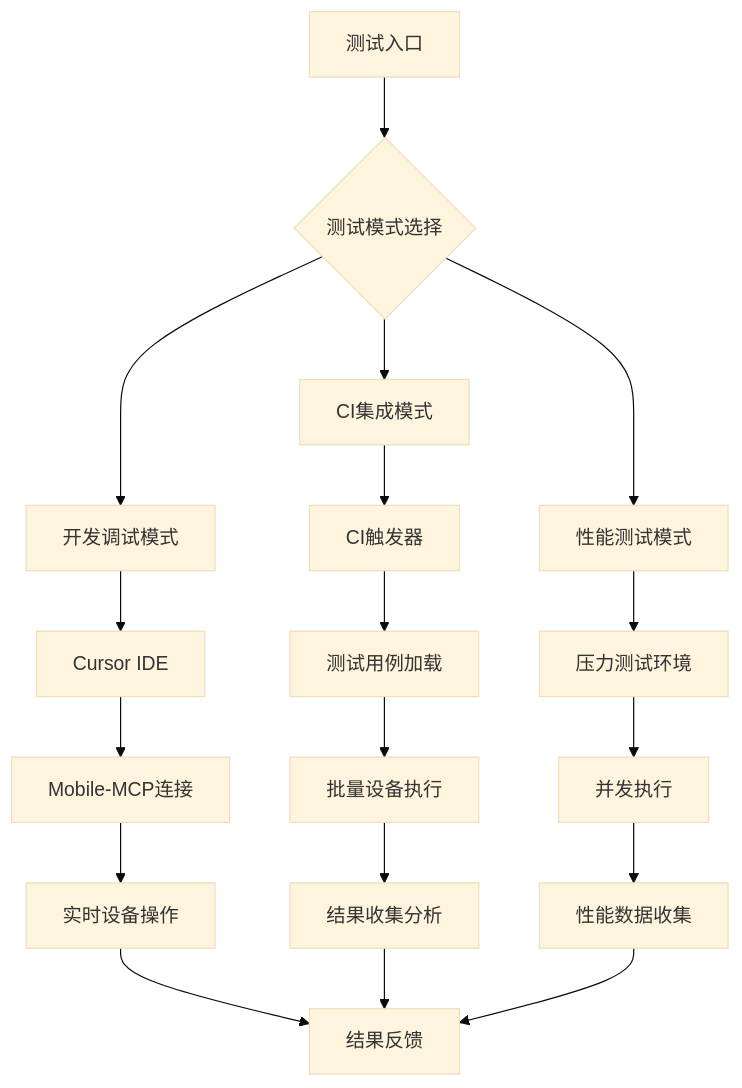
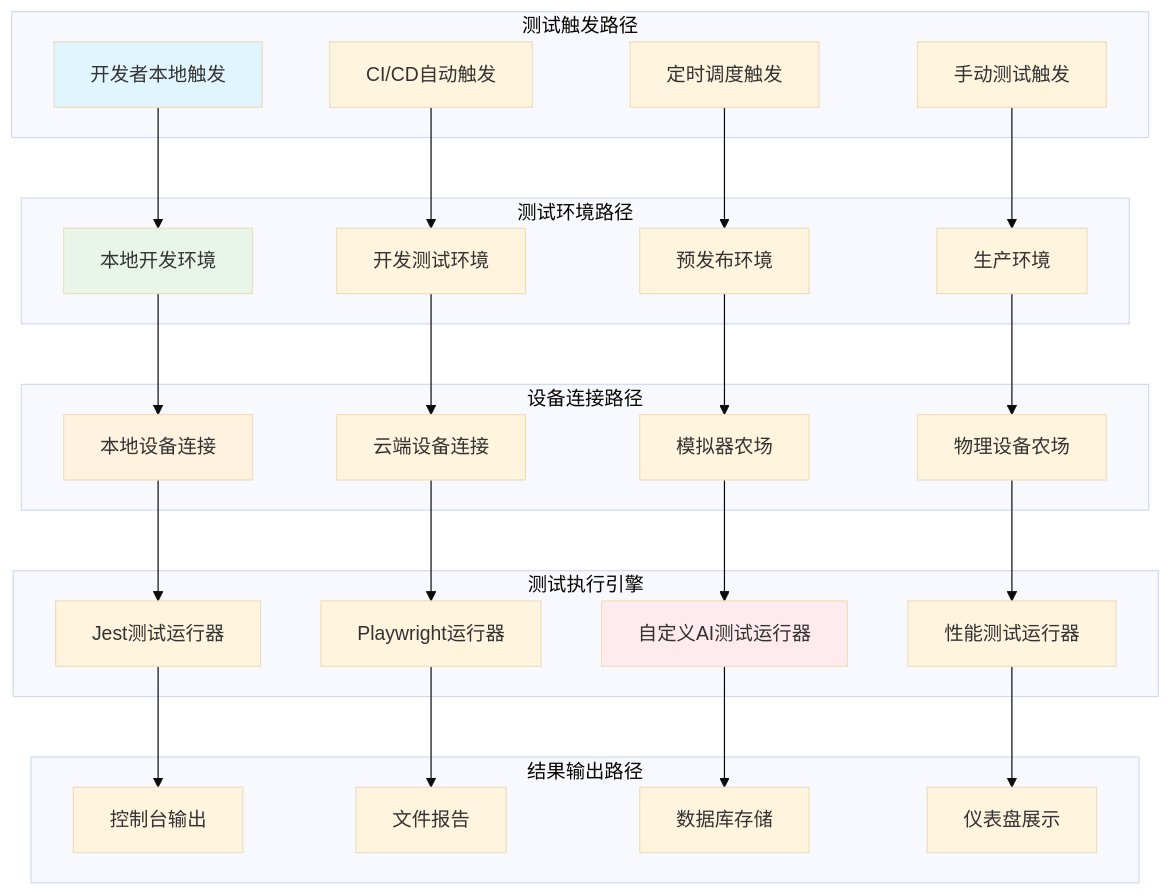
Before and after one commit to zhuozp/AI-UI-: diagram 25 of 30 in Tech.md, drawn with Mermaid (base theme). The commit also changed other lines of this file, not shown here.

````diff
--- a/Tech.md
+++ b/Tech.md
@@ -862,25 +2750,62 @@
 ```mermaid
-graph TD
-    A[测试入口] --> B{测试模式选择}
+graph TB
+    subgraph "测试触发路径"
+        DevTrigger[开发者本地触发]
+        CITrigger[CI/CD自动触发]
+        ScheduledTrigger[定时调度触发]
+        ManualTrigger[手动测试触发]
+    end
     
-    B --> C[开发调试模式]
-    B --> D[CI集成模式]
-    B --> E[性能测试模式]
+    subgraph "测试环境路径"
+        LocalEnv[本地开发环境]
+        DevEnv[开发测试环境] 
+        StagingEnv[预发布环境]
+        ProdEnv[生产环境]
+    end
     
-    C --> F[Cursor IDE]
-    F --> G[Mobile-MCP连接]
-    G --> H[实时设备操作]
+    subgraph "设备连接路径"
+        LocalDevice[本地设备连接]
+        CloudDevice[云端设备连接]
+        EmulatorFarm[模拟器农场]
+        PhysicalDeviceFarm[物理设备农场]
+    end
     
-    D --> I[CI触发器]
-    I --> J[测试用例加载]
-    J --> K[批量设备执行]
-    K --> L[结果收集分析]
+    subgraph "测试执行引擎"
+        JestRunner[Jest测试运行器]
+        PlaywrightRunner[Playwright运行器]
+        CustomRunner[自定义AI测试运行器]
+        PerformanceRunner[性能测试运行器]
+    end
     
-    E --> M[压力测试环境]
-    M --> N[并发执行]
-    N --> O[性能数据收集]
+    subgraph "结果输出路径"
+        ConsoleOutput[控制台输出]
+        FileReport[文件报告]
+        DatabaseStorage[数据库存储]
+        DashboardDisplay[仪表盘展示]
+    end
     
-    H --> P[结果反馈]
-    L --> P
-    O --> P
+    DevTrigger --> LocalEnv
+    CITrigger --> DevEnv
+    ScheduledTrigger --> StagingEnv
+    ManualTrigger --> ProdEnv
+    
+    LocalEnv --> LocalDevice
+    DevEnv --> CloudDevice
+    StagingEnv --> EmulatorFarm
+    ProdEnv --> PhysicalDeviceFarm
+    
+    LocalDevice --> JestRunner
+    CloudDevice --> PlaywrightRunner
+    EmulatorFarm --> CustomRunner
+    PhysicalDeviceFarm --> PerformanceRunner
+    
+    JestRunner --> ConsoleOutput
+    PlaywrightRunner --> FileReport
+    CustomRunner --> DatabaseStorage
+    PerformanceRunner --> DashboardDisplay
+    
+    style DevTrigger fill:#e1f5fe
+    style LocalEnv fill:#e8f5e8
+    style LocalDevice fill:#fff3e0
+    style CustomRunner fill:#ffebee
 ```
````
